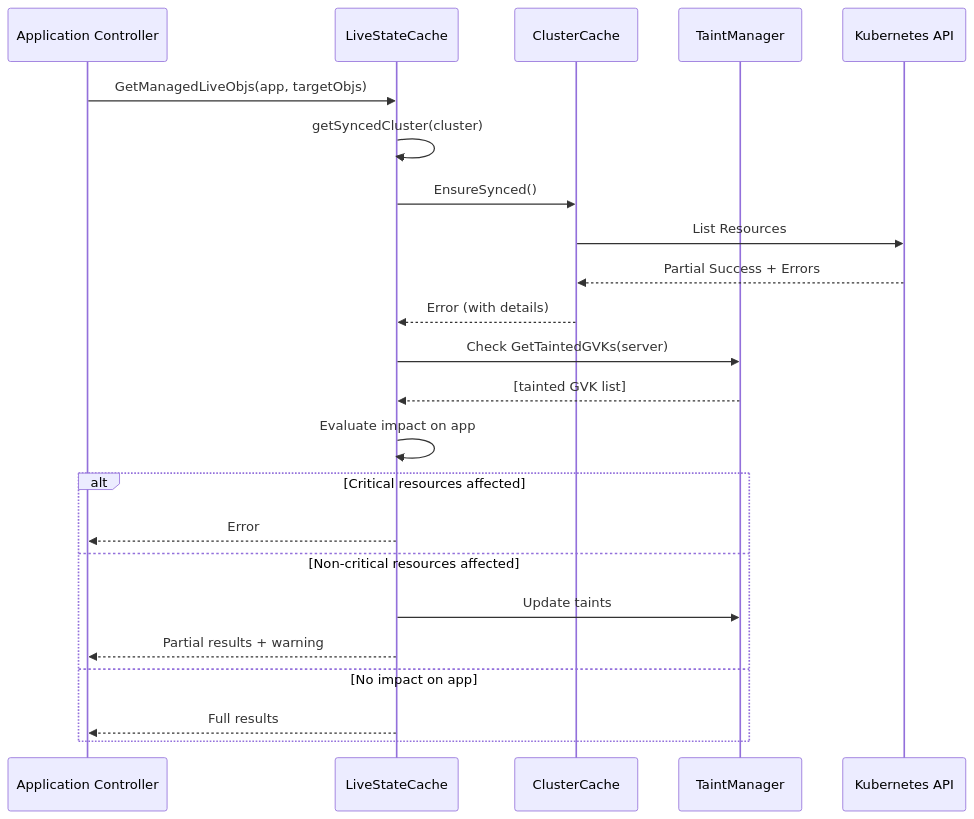
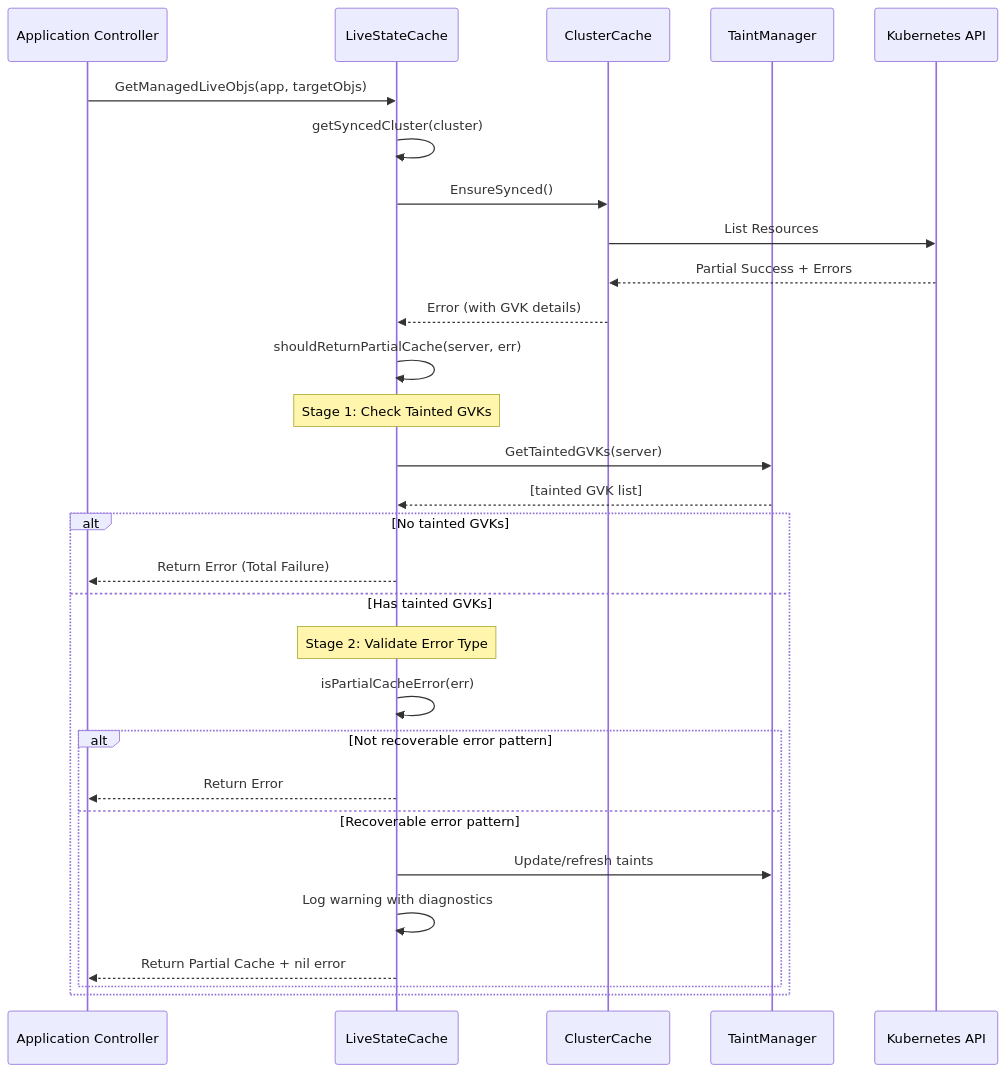
Before and after one commit to argoproj/argo-cd: the second of 2 diagrams in docs/getsyncedcluster-error-handling-architecture.md, drawn with Mermaid. The commit also changed other lines of this file and 12 other files, not shown here.

````diff
--- a/docs/getsyncedcluster-error-handling-architecture.md
+++ b/docs/getsyncedcluster-error-handling-architecture.md
@@ -237,29 +196,36 @@
 ```mermaid
 sequenceDiagram
     participant App as Application Controller
     participant LSC as LiveStateCache
     participant CC as ClusterCache
     participant TM as TaintManager
     participant K8s as Kubernetes API
     
     App->>LSC: GetManagedLiveObjs(app, targetObjs)
     LSC->>LSC: getSyncedCluster(cluster)
     LSC->>CC: EnsureSynced()
     CC->>K8s: List Resources
     K8s-->>CC: Partial Success + Errors
-    CC-->>LSC: Error (with details)
+    CC-->>LSC: Error (with GVK details)
     
-    LSC->>TM: Check GetTaintedGVKs(server)
+    LSC->>LSC: shouldReturnPartialCache(server, err)
+    
+    Note over LSC: Stage 1: Check Tainted GVKs
+    LSC->>TM: GetTaintedGVKs(server)
     TM-->>LSC: [tainted GVK list]
     
-    LSC->>LSC: Evaluate impact on app
-    
-    alt Critical resources affected
-        LSC-->>App: Error
-    else Non-critical resources affected  
-        LSC->>TM: Update taints
-        LSC-->>App: Partial results + warning
-    else No impact on app
-        LSC-->>App: Full results
+    alt No tainted GVKs
+        LSC-->>App: Return Error (Total Failure)
+    else Has tainted GVKs
+        Note over LSC: Stage 2: Validate Error Type
+        LSC->>LSC: isPartialCacheError(err)
+        
+        alt Not recoverable error pattern
+            LSC-->>App: Return Error
+        else Recoverable error pattern
+            LSC->>TM: Update/refresh taints
+            LSC->>LSC: Log warning with diagnostics
+            LSC-->>App: Return Partial Cache + nil error
+        end
     end
 ```
````
